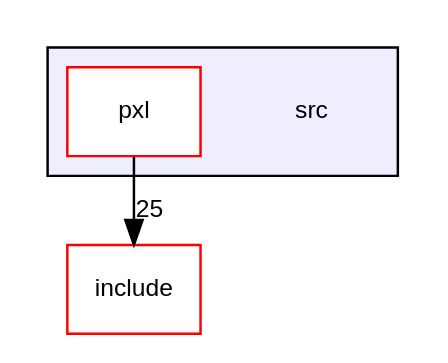
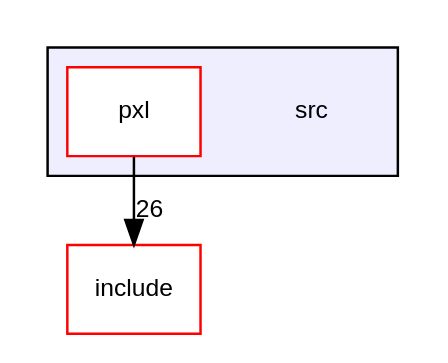
The diagram in dir_68267d1309a1af8e8297ef4c3efbcdba_dep.dot (Pixel-Lib/Pixel), drawn with Graphviz before and after one commit. The commit also changed 247 other files, not shown here.

```diff
--- a/dir_68267d1309a1af8e8297ef4c3efbcdba_dep.dot
+++ b/dir_68267d1309a1af8e8297ef4c3efbcdba_dep.dot
@@ -1,12 +1,12 @@
 digraph "src" {
   compound=true
   node [ fontsize="10", fontname="Helvetica"];
   edge [ labelfontsize="10", labelfontname="Helvetica"];
   subgraph clusterdir_68267d1309a1af8e8297ef4c3efbcdba {
     graph [ bgcolor="#eeeeff", pencolor="black", label="" URL="dir_68267d1309a1af8e8297ef4c3efbcdba.html"];
     dir_68267d1309a1af8e8297ef4c3efbcdba [shape=plaintext label="src"];
   dir_87a857eff530ad659c1a04633acb58d5 [shape=box label="pxl" fillcolor="white" style="filled" color="red" URL="dir_87a857eff530ad659c1a04633acb58d5.html"];
   }
   dir_d44c64559bbebec7f509842c48db8b23 [shape=box label="include" fillcolor="white" style="filled" color="red" URL="dir_d44c64559bbebec7f509842c48db8b23.html"];
-  dir_87a857eff530ad659c1a04633acb58d5->dir_d44c64559bbebec7f509842c48db8b23 [headlabel="25", labeldistance=1.5 headhref="dir_000005_000000.html"];
+  dir_87a857eff530ad659c1a04633acb58d5->dir_d44c64559bbebec7f509842c48db8b23 [headlabel="26", labeldistance=1.5 headhref="dir_000005_000000.html"];
 }
```
